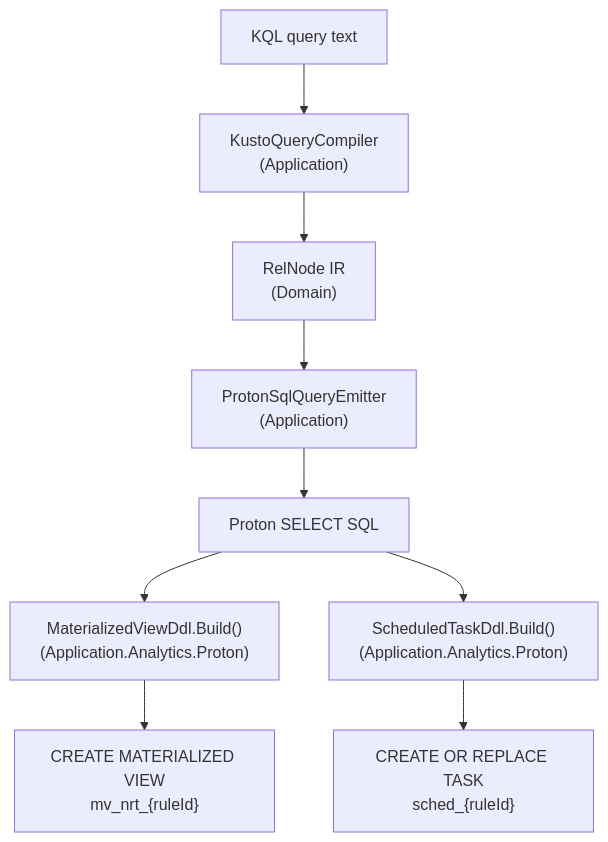
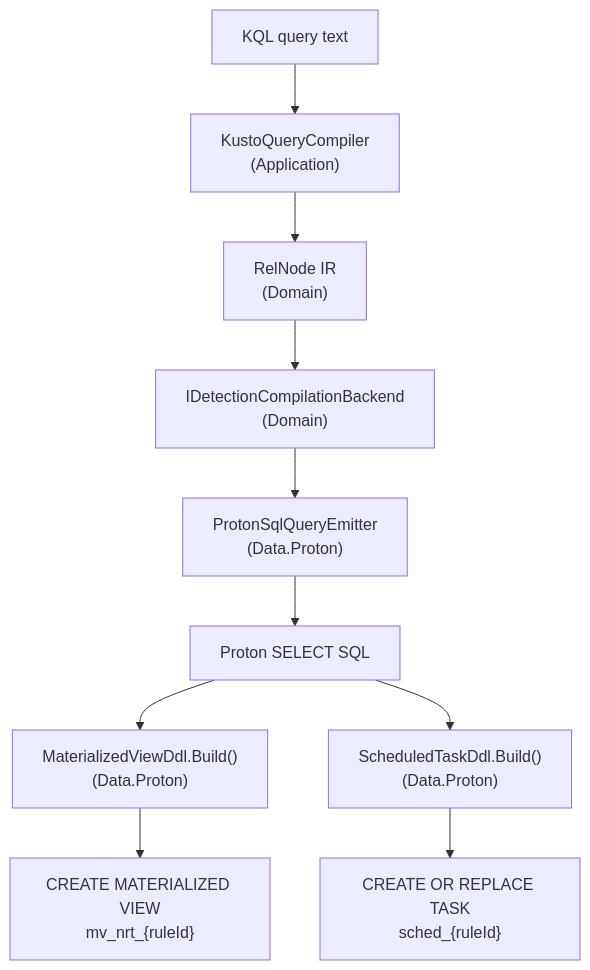
The fourth of 6 diagrams in docs/ARCHITECTURE.md (DeltaZulu-OU/DeltaZulu.Platform), drawn with Mermaid before and after one commit. The commit also changed other lines of this file and 6 other files, not shown here.

Commit message:
Fix documentation consistency: align cross-references, resolve drift, decompose roadmap

````diff
--- a/docs/ARCHITECTURE.md
+++ b/docs/ARCHITECTURE.md
@@ -491,11 +492,12 @@
 ```mermaid
 flowchart TD
     KQL["KQL query text"] --> KC["KustoQueryCompiler<br/>(Application)"]
     KC --> RN["RelNode IR<br/>(Domain)"]
-    RN --> PE["ProtonSqlQueryEmitter<br/>(Application)"]
+    RN --> BE["IDetectionCompilationBackend<br/>(Domain)"]
+    BE --> PE["ProtonSqlQueryEmitter<br/>(Data.Proton)"]
     PE --> SQL["Proton SELECT SQL"]
-    SQL --> MV["MaterializedViewDdl.Build()<br/>(Application.Analytics.Proton)"]
-    SQL --> ST["ScheduledTaskDdl.Build()<br/>(Application.Analytics.Proton)"]
+    SQL --> MV["MaterializedViewDdl.Build()<br/>(Data.Proton)"]
+    SQL --> ST["ScheduledTaskDdl.Build()<br/>(Data.Proton)"]
     MV --> NRT_DDL["CREATE MATERIALIZED VIEW<br/>mv_nrt_{ruleId}"]
     ST --> SCHED_DDL["CREATE OR REPLACE TASK<br/>sched_{ruleId}"]
 ```
````
